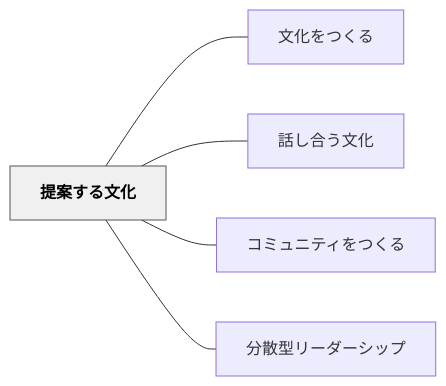
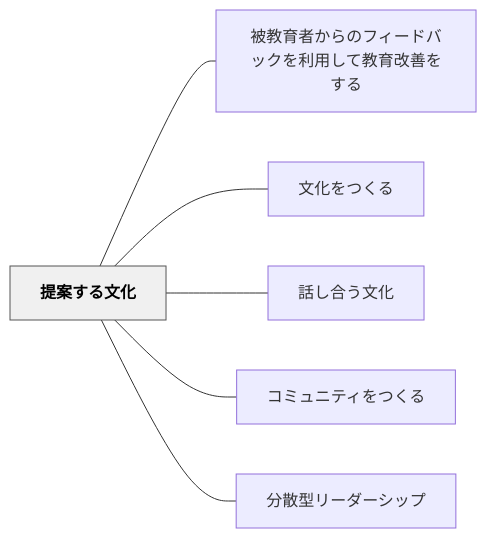
One commit to unknownthings-ed-patterns/unknownthings-ed-patterns changed the diagram in content/パタン/提案する文化.md. Above: the diagram before and after it, drawn with Mermaid. The commit also changed other lines of this file and 473 other files, not shown here.

````diff
--- a/content/パタン/提案する文化.md
+++ b/content/パタン/提案する文化.md
@@ -86,16 +87,18 @@
 ```mermaid
 flowchart LR
     ne68f90e6a188["提案する文化"]
+    ne8a2abe69599["被教育者からのフィードバックを利用して教育改善をする"]
     ne69687e58c96["文化をつくる"]
     ne8a9b1e38197["話し合う文化"]
     ne382b3e3839f["コミュニティをつくる"]
     ne58886e695a3["分散型リーダーシップ"]
 
+    ne68f90e6a188 --- ne8a2abe69599
     ne68f90e6a188 --- ne69687e58c96
     ne68f90e6a188 --- ne8a9b1e38197
     ne68f90e6a188 --- ne382b3e3839f
     ne68f90e6a188 --- ne58886e695a3
 
     classDef hub fill:#f0f0f0,stroke:#555,color:#000,font-weight:bold
     class ne68f90e6a188 hub
 ```
````
